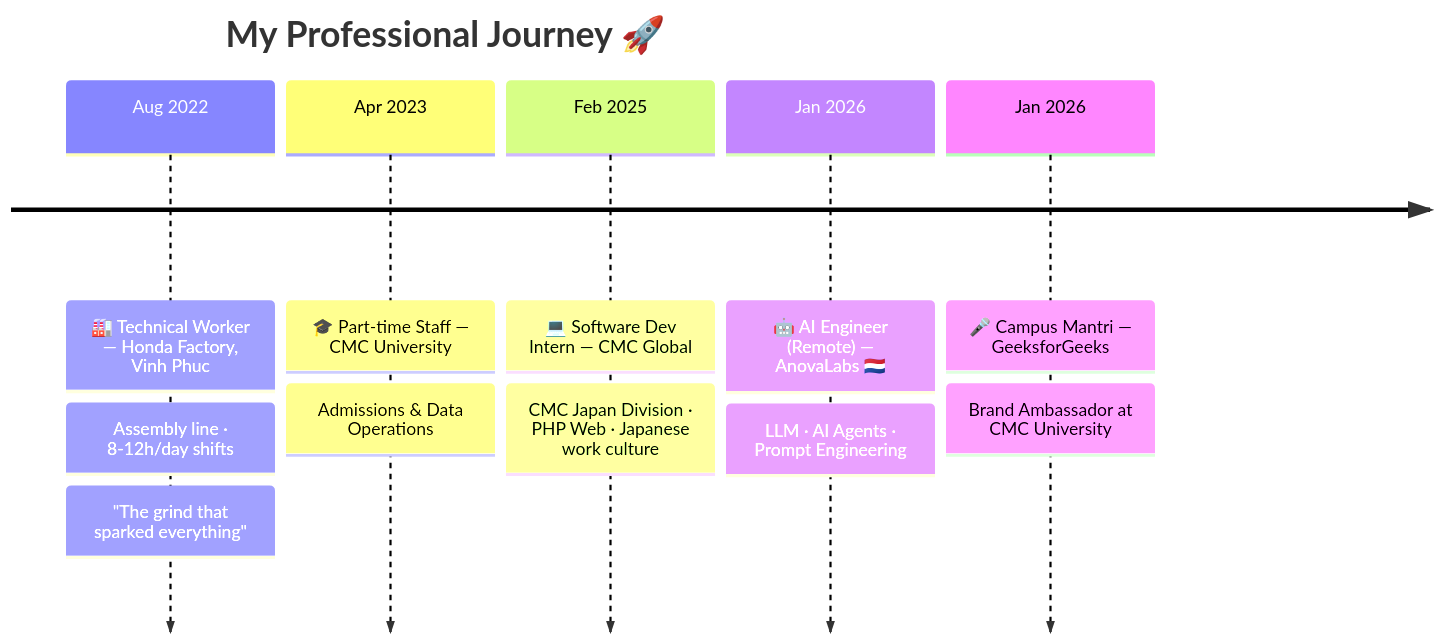
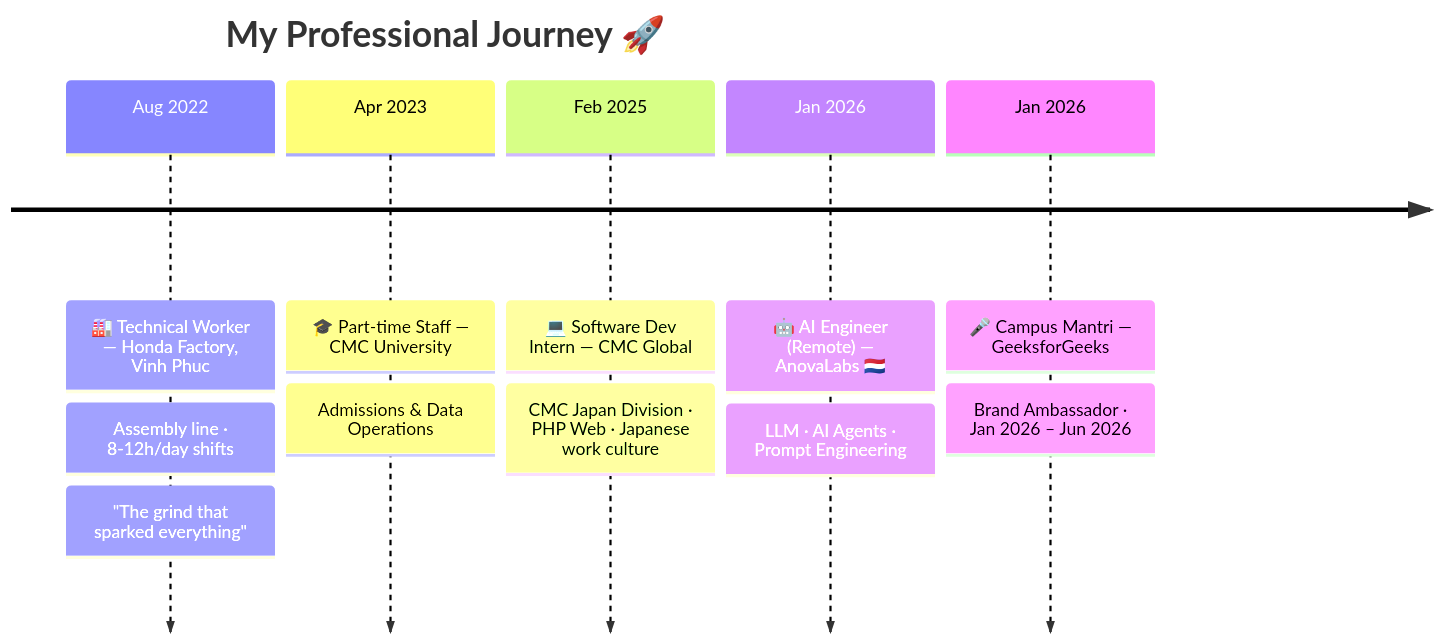
The diagram in README.md (phamquocan24/phamquocan24), drawn with Mermaid before and after one commit. The commit also changed other lines of this file, not shown here.

````diff
--- a/README.md
+++ b/README.md
@@ -114,15 +114,15 @@
 ```mermaid
 timeline
     title My Professional Journey 🚀
     Aug 2022  : 🏭 Technical Worker — Honda Factory, Vinh Phuc
               : Assembly line · 8-12h/day shifts
               : "The grind that sparked everything"
     Apr 2023  : 🎓 Part-time Staff — CMC University
               : Admissions & Data Operations
     Feb 2025  : 💻 Software Dev Intern — CMC Global
               : CMC Japan Division · PHP Web · Japanese work culture
     Jan 2026  : 🤖 AI Engineer (Remote) — AnovaLabs 🇳🇱
               : LLM · AI Agents · Prompt Engineering
     Jan 2026  : 🎤 Campus Mantri — GeeksforGeeks
-              : Brand Ambassador at CMC University
+              : Brand Ambassador · Jan 2026 – Jun 2026
 ```
````
